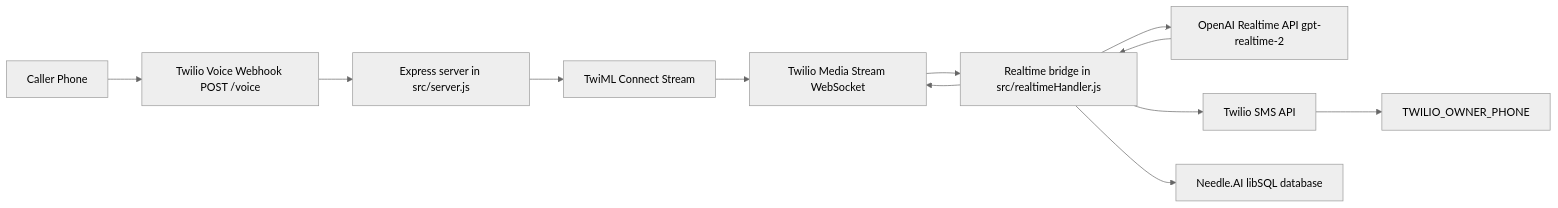
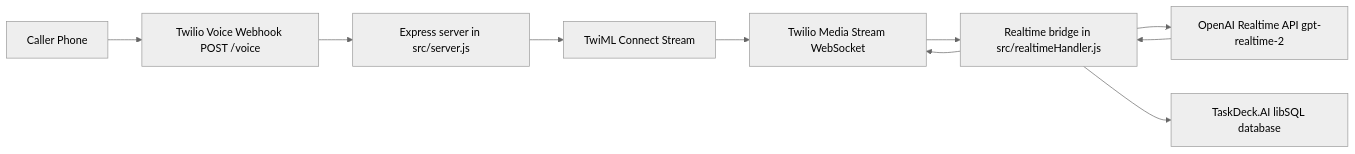
Before and after one commit to tommyd2377/voice-ai-system: the diagram in README.md, drawn with Mermaid (neutral theme). The commit also changed other lines of this file and 4 other files, not shown here.

Commit message:
Replace SMS capture with TaskDeck caller intake

````diff
--- a/README.md
+++ b/README.md
@@ -56,14 +55,12 @@
 ```mermaid
 flowchart LR
   A[Caller Phone] --> B[Twilio Voice Webhook POST /voice]
   B --> C[Express server in src/server.js]
   C --> D[TwiML Connect Stream]
   D --> E[Twilio Media Stream WebSocket]
   E --> F[Realtime bridge in src/realtimeHandler.js]
   F --> G[OpenAI Realtime API gpt-realtime-2]
   G --> F
   F --> E
-  F --> H[Twilio SMS API]
-  H --> I[TWILIO_OWNER_PHONE]
-  F --> J[Needle.AI libSQL database]
+  F --> J[TaskDeck.AI libSQL database]
 ```
````
